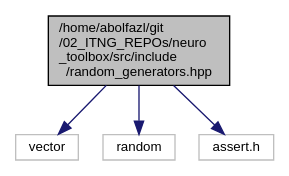
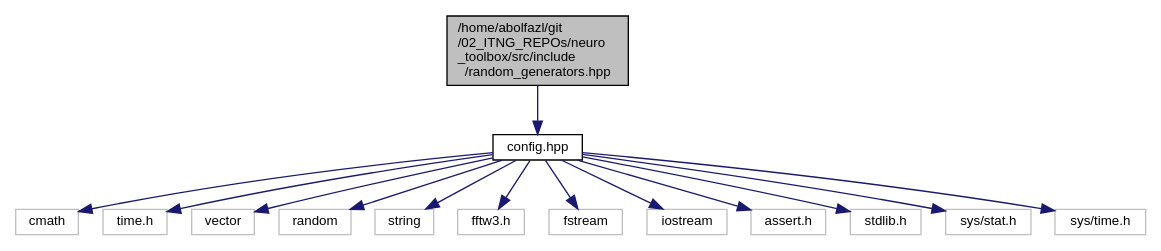
Before and after one commit to Ziaeemehr/neuro_toolbox: the diagram in docs/random__generators_8hpp__incl.dot, drawn with Graphviz. The commit also changed 78 other files, not shown here.

Commit message:
docs updated. config.hpp added.

```diff
--- a/docs/random__generators_8hpp__incl.dot
+++ b/docs/random__generators_8hpp__incl.dot
@@ -1,12 +1,32 @@
 digraph "/home/abolfazl/git/02_ITNG_REPOs/neuro_toolbox/src/include/random_generators.hpp"
 {
   edge [fontname="Helvetica",fontsize="10",labelfontname="Helvetica",labelfontsize="10"];
   node [fontname="Helvetica",fontsize="10",shape=record];
   Node0 [label="/home/abolfazl/git\l/02_ITNG_REPOs/neuro\l_toolbox/src/include\l/random_generators.hpp",height=0.2,width=0.4,color="black", fillcolor="grey75", style="filled", fontcolor="black"];
   Node0 -> Node1 [color="midnightblue",fontsize="10",style="solid",fontname="Helvetica"];
-  Node1 [label="vector",height=0.2,width=0.4,color="grey75", fillcolor="white", style="filled"];
-  Node0 -> Node2 [color="midnightblue",fontsize="10",style="solid",fontname="Helvetica"];
-  Node2 [label="random",height=0.2,width=0.4,color="grey75", fillcolor="white", style="filled"];
-  Node0 -> Node3 [color="midnightblue",fontsize="10",style="solid",fontname="Helvetica"];
-  Node3 [label="assert.h",height=0.2,width=0.4,color="grey75", fillcolor="white", style="filled"];
+  Node1 [label="config.hpp",height=0.2,width=0.4,color="black", fillcolor="white", style="filled",URL="$config_8hpp.html"];
+  Node1 -> Node2 [color="midnightblue",fontsize="10",style="solid",fontname="Helvetica"];
+  Node2 [label="cmath",height=0.2,width=0.4,color="grey75", fillcolor="white", style="filled"];
+  Node1 -> Node3 [color="midnightblue",fontsize="10",style="solid",fontname="Helvetica"];
+  Node3 [label="time.h",height=0.2,width=0.4,color="grey75", fillcolor="white", style="filled"];
+  Node1 -> Node4 [color="midnightblue",fontsize="10",style="solid",fontname="Helvetica"];
+  Node4 [label="vector",height=0.2,width=0.4,color="grey75", fillcolor="white", style="filled"];
+  Node1 -> Node5 [color="midnightblue",fontsize="10",style="solid",fontname="Helvetica"];
+  Node5 [label="random",height=0.2,width=0.4,color="grey75", fillcolor="white", style="filled"];
+  Node1 -> Node6 [color="midnightblue",fontsize="10",style="solid",fontname="Helvetica"];
+  Node6 [label="string",height=0.2,width=0.4,color="grey75", fillcolor="white", style="filled"];
+  Node1 -> Node7 [color="midnightblue",fontsize="10",style="solid",fontname="Helvetica"];
+  Node7 [label="fftw3.h",height=0.2,width=0.4,color="grey75", fillcolor="white", style="filled"];
+  Node1 -> Node8 [color="midnightblue",fontsize="10",style="solid",fontname="Helvetica"];
+  Node8 [label="fstream",height=0.2,width=0.4,color="grey75", fillcolor="white", style="filled"];
+  Node1 -> Node9 [color="midnightblue",fontsize="10",style="solid",fontname="Helvetica"];
+  Node9 [label="iostream",height=0.2,width=0.4,color="grey75", fillcolor="white", style="filled"];
+  Node1 -> Node10 [color="midnightblue",fontsize="10",style="solid",fontname="Helvetica"];
+  Node10 [label="assert.h",height=0.2,width=0.4,color="grey75", fillcolor="white", style="filled"];
+  Node1 -> Node11 [color="midnightblue",fontsize="10",style="solid",fontname="Helvetica"];
+  Node11 [label="stdlib.h",height=0.2,width=0.4,color="grey75", fillcolor="white", style="filled"];
+  Node1 -> Node12 [color="midnightblue",fontsize="10",style="solid",fontname="Helvetica"];
+  Node12 [label="sys/stat.h",height=0.2,width=0.4,color="grey75", fillcolor="white", style="filled"];
+  Node1 -> Node13 [color="midnightblue",fontsize="10",style="solid",fontname="Helvetica"];
+  Node13 [label="sys/time.h",height=0.2,width=0.4,color="grey75", fillcolor="white", style="filled"];
 }
```
